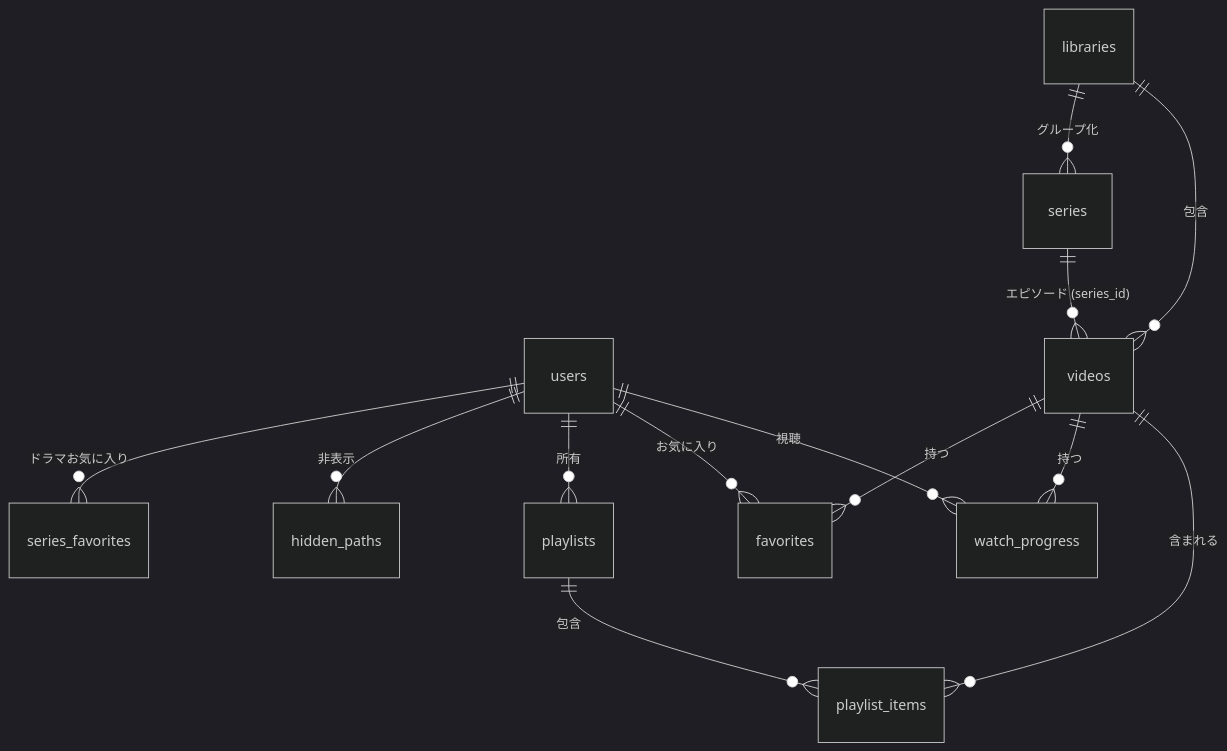
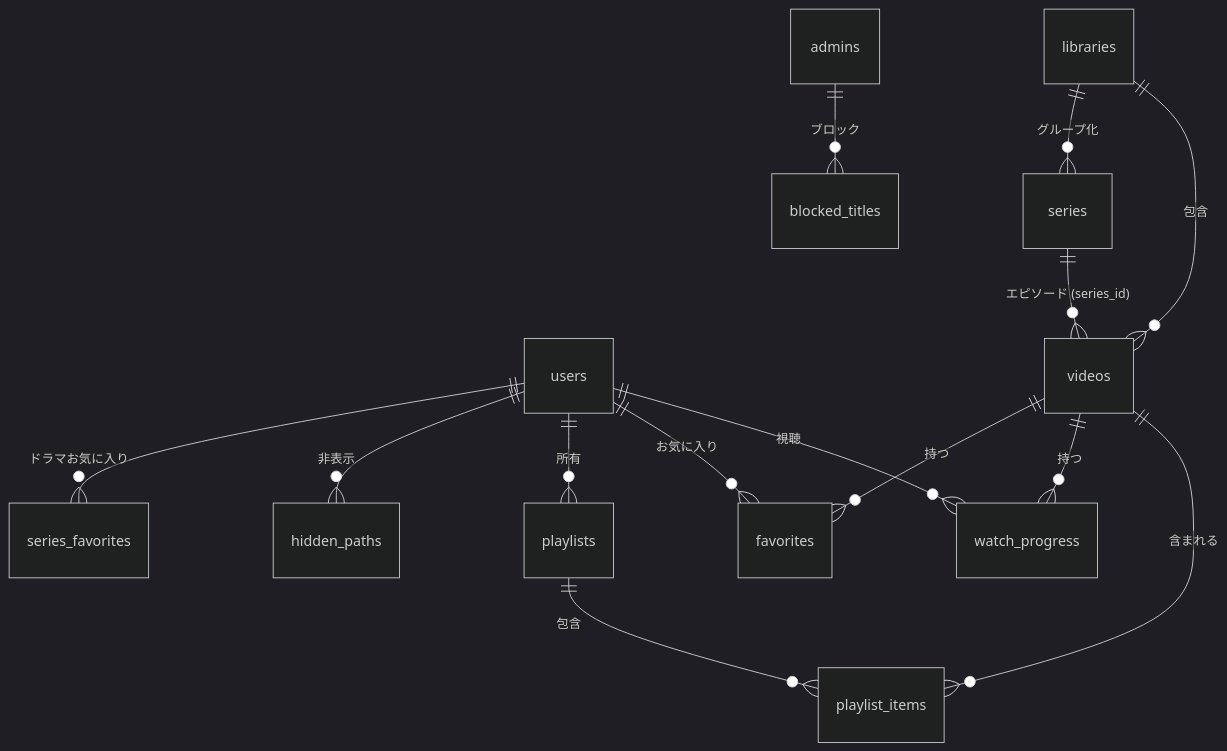
One commit to T-bagwell/videocms changed the second of 4 diagrams in docs/architecture.ja.md. Above: the diagram before and after it, drawn with Mermaid (dark theme). The commit also changed other lines of this file and 30 other files, not shown here.

````diff
--- a/docs/architecture.ja.md
+++ b/docs/architecture.ja.md
@@ -144,15 +147,16 @@
 ```mermaid
 erDiagram
     users ||--o{ watch_progress : 視聴
     users ||--o{ favorites : お気に入り
     users ||--o{ playlists : 所有
     users ||--o{ hidden_paths : 非表示
     users ||--o{ series_favorites : ドラマお気に入り
+    admins ||--o{ blocked_titles : ブロック
     libraries ||--o{ videos : 包含
     libraries ||--o{ series : グループ化
     series ||--o{ videos : "エピソード (series_id)"
     playlists ||--o{ playlist_items : 包含
     videos ||--o{ playlist_items : 含まれる
     videos ||--o{ watch_progress : 持つ
     videos ||--o{ favorites : 持つ
 ```
````
